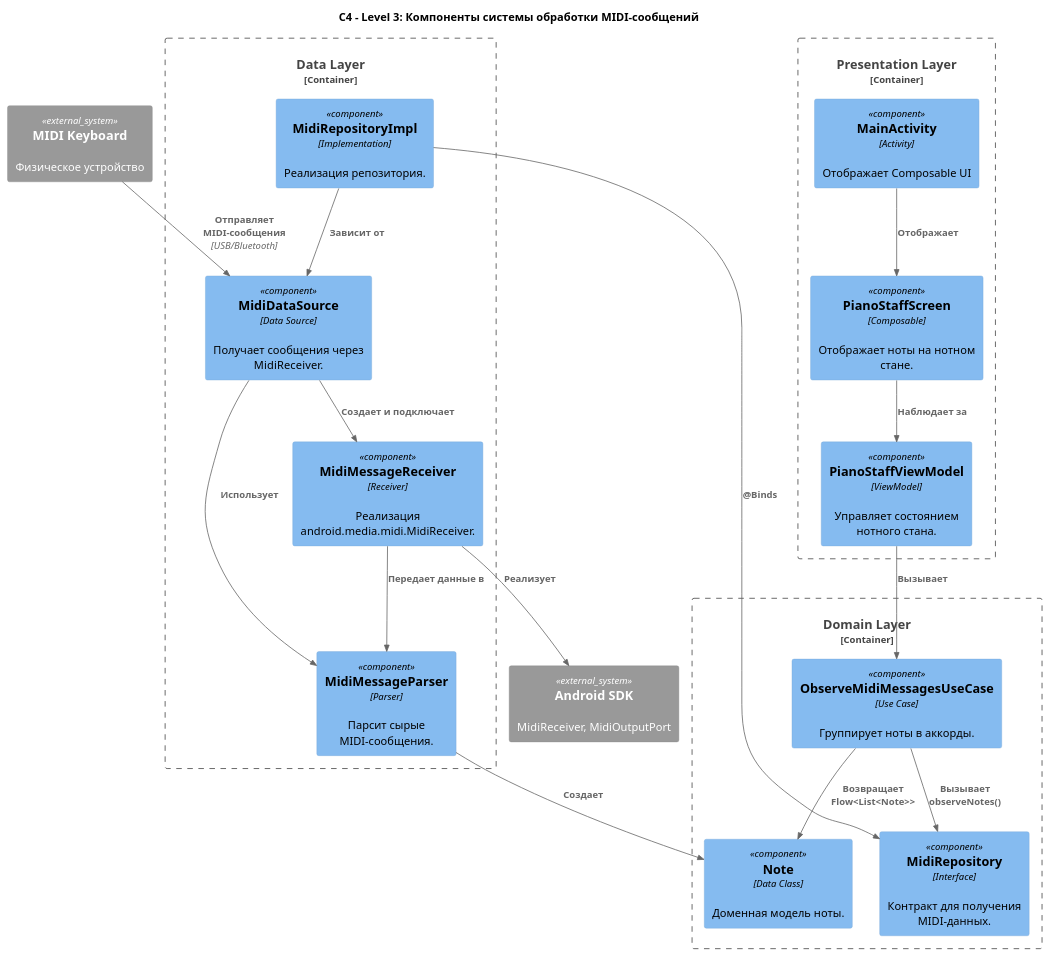
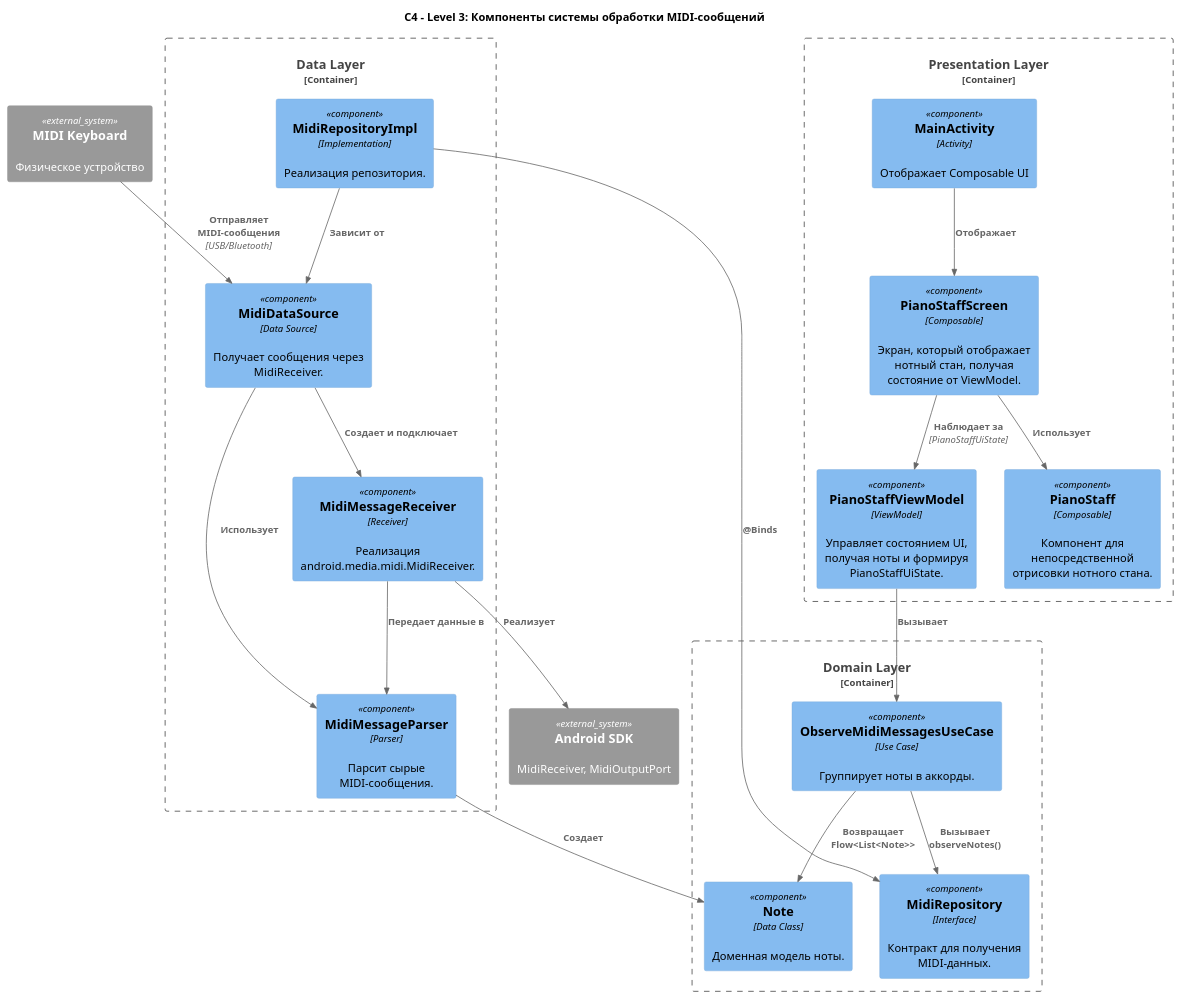
One commit to astrizhachuk/PianoFlow changed the first of 5 diagrams in docs/ts/MIDI_MESSAGE_PROCESSING.md. Above: the diagram before and after it, drawn with PlantUML. The commit also changed other lines of this file, not shown here.

````diff
--- a/docs/ts/MIDI_MESSAGE_PROCESSING.md
+++ b/docs/ts/MIDI_MESSAGE_PROCESSING.md
@@ -37,49 +37,51 @@
 ```plantuml
 @startuml
 !include https://raw.githubusercontent.com/plantuml-stdlib/C4-PlantUML/master/C4_Component.puml
 
 title C4 - Level 3: Компоненты системы обработки MIDI-сообщений
 
 System_Ext(midi_device, "MIDI Keyboard", "Физическое устройство")
 System_Ext(android_sdk, "Android SDK", "MidiReceiver, MidiOutputPort")
 
 Container_Boundary(presentation, "Presentation Layer") {
     Component(activity, "MainActivity", "Activity", "Отображает Composable UI")
-    Component(vm, "PianoStaffViewModel", "ViewModel", "Управляет состоянием нотного стана.")
-    Component(screen, "PianoStaffScreen", "Composable", "Отображает ноты на нотном стане.")
+    Component(vm, "PianoStaffViewModel", "ViewModel", "Управляет состоянием UI, получая ноты и формируя PianoStaffUiState.")
+    Component(screen, "PianoStaffScreen", "Composable", "Экран, который отображает нотный стан, получая состояние от ViewModel.")
+    Component(staff, "PianoStaff", "Composable", "Компонент для непосредственной отрисовки нотного стана.")
 }
 
 Container_Boundary(domain, "Domain Layer") {
     Component(observe_uc, "ObserveMidiMessagesUseCase", "Use Case", "Группирует ноты в аккорды.")
     Component(repo, "MidiRepository", "Interface", "Контракт для получения MIDI-данных.")
     Component(note, "Note", "Data Class", "Доменная модель ноты.")
 }
 
 Container_Boundary(data, "Data Layer") {
     Component(repo_impl, "MidiRepositoryImpl", "Implementation", "Реализация репозитория.")
     Component(ds, "MidiDataSource", "Data Source", "Получает сообщения через MidiReceiver.")
     Component(parser, "MidiMessageParser", "Parser", "Парсит сырые MIDI-сообщения.")
     Component(receiver, "MidiMessageReceiver", "Receiver", "Реализация android.media.midi.MidiReceiver.")
 }
 
 ' Связи
 Rel(activity, screen, "Отображает")
-Rel(screen, vm, "Наблюдает за")
+Rel(screen, staff, "Использует")
+Rel(screen, vm, "Наблюдает за", "PianoStaffUiState")
 Rel(vm, observe_uc, "Вызывает")
 Rel(observe_uc, repo, "Вызывает observeNotes()")
 
 Rel(repo_impl, repo, "@Binds")
 Rel(repo_impl, ds, "Зависит от")
 
 Rel(ds, parser, "Использует")
 Rel(ds, receiver, "Создает и подключает")
 Rel(receiver, android_sdk, "Реализует")
 Rel(receiver, parser, "Передает данные в")
 
 Rel(midi_device, ds, "Отправляет MIDI-сообщения", "USB/Bluetooth")
 
 Rel(observe_uc, note, "Возвращает Flow<List<Note>>")
 Rel(parser, note, "Создает")
 
 @enduml
 ```
````
